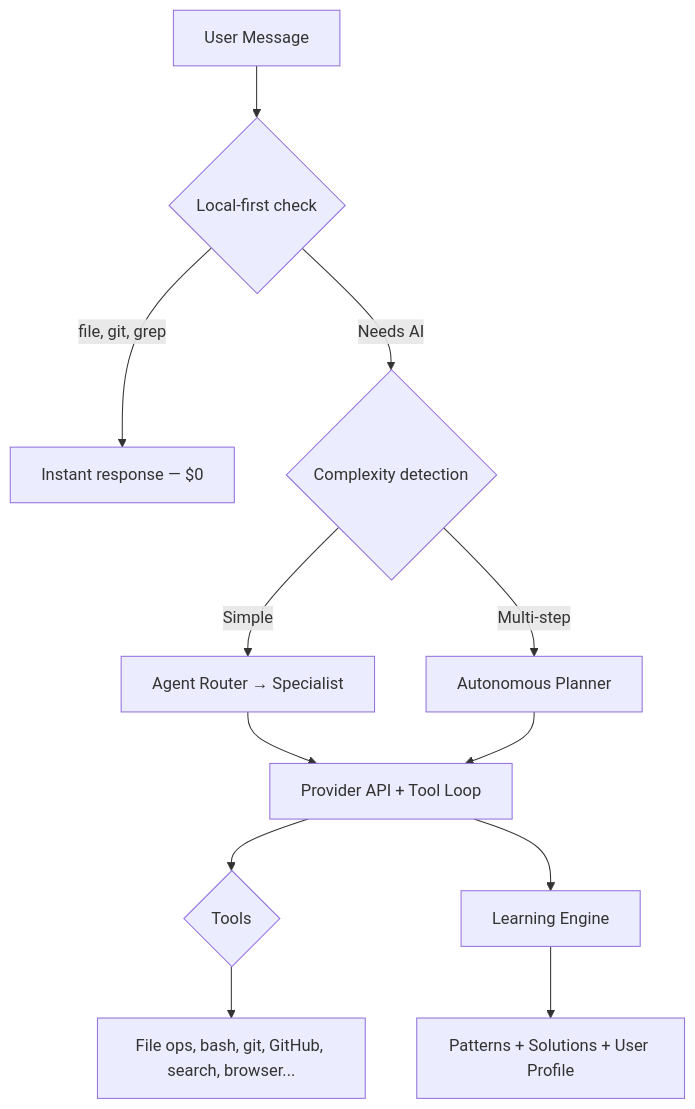
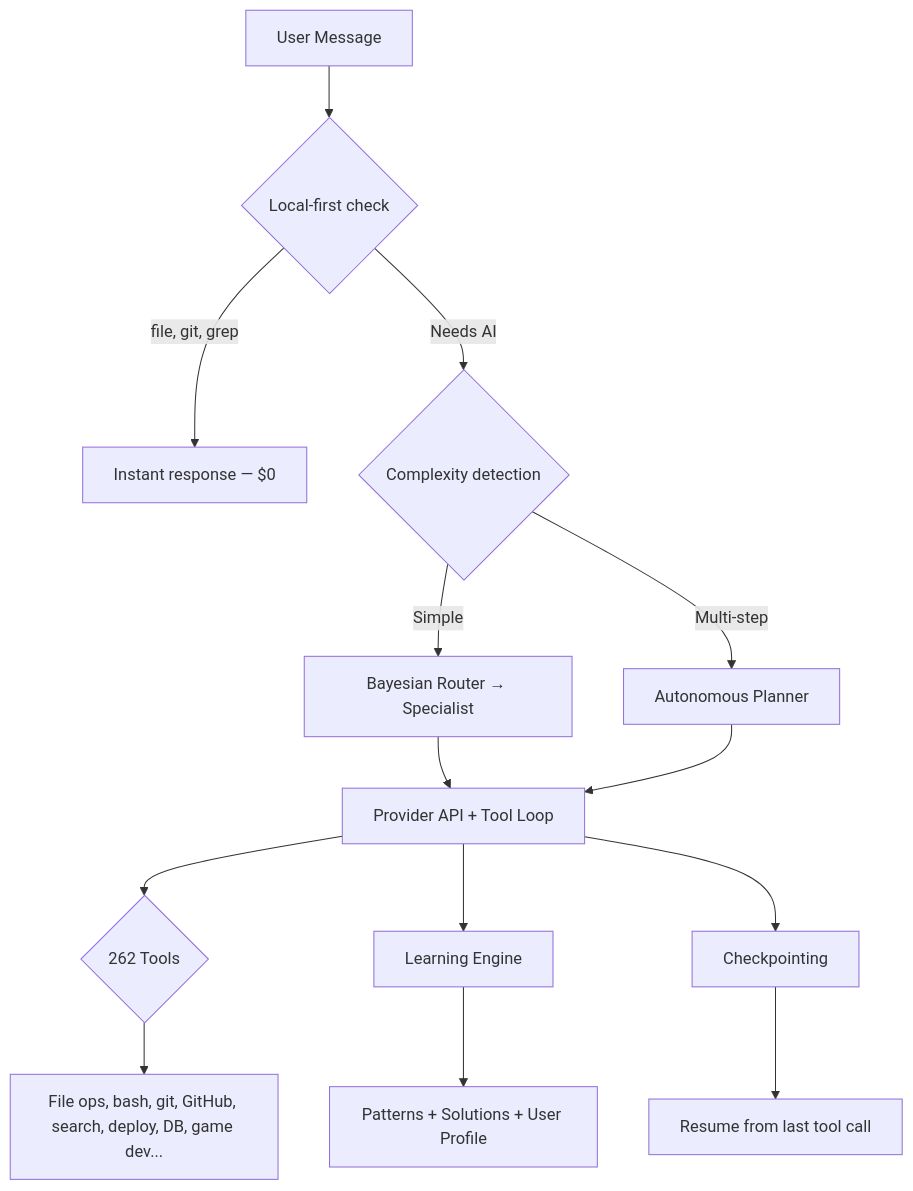
One commit to isaacsight/kernel changed the diagram in README.md. Above: the diagram before and after it, drawn with Mermaid. The commit also changed other lines of this file and 11 other files, not shown here.

````diff
--- a/README.md
+++ b/README.md
@@ -134,14 +149,16 @@
 ```mermaid
 graph TD
     A[User Message] --> B{Local-first check}
     B -->|file, git, grep| C[Instant response — $0]
     B -->|Needs AI| D{Complexity detection}
-    D -->|Simple| E[Agent Router → Specialist]
+    D -->|Simple| E[Bayesian Router → Specialist]
     D -->|Multi-step| F[Autonomous Planner]
     E --> G[Provider API + Tool Loop]
     F --> G
-    G --> H{Tools}
-    H --> I[File ops, bash, git, GitHub, search, browser...]
+    G --> H{262 Tools}
+    H --> I[File ops, bash, git, GitHub, search, deploy, DB, game dev...]
     G --> J[Learning Engine]
     J --> K[Patterns + Solutions + User Profile]
+    G --> L[Checkpointing]
+    L --> M[Resume from last tool call]
 ```
````
